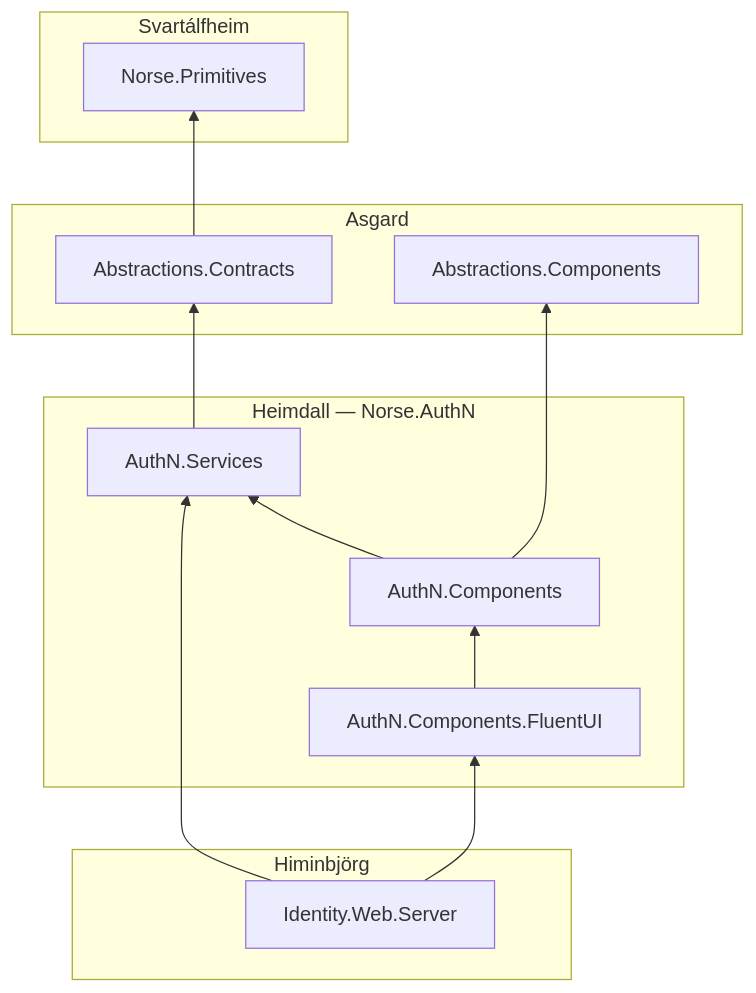
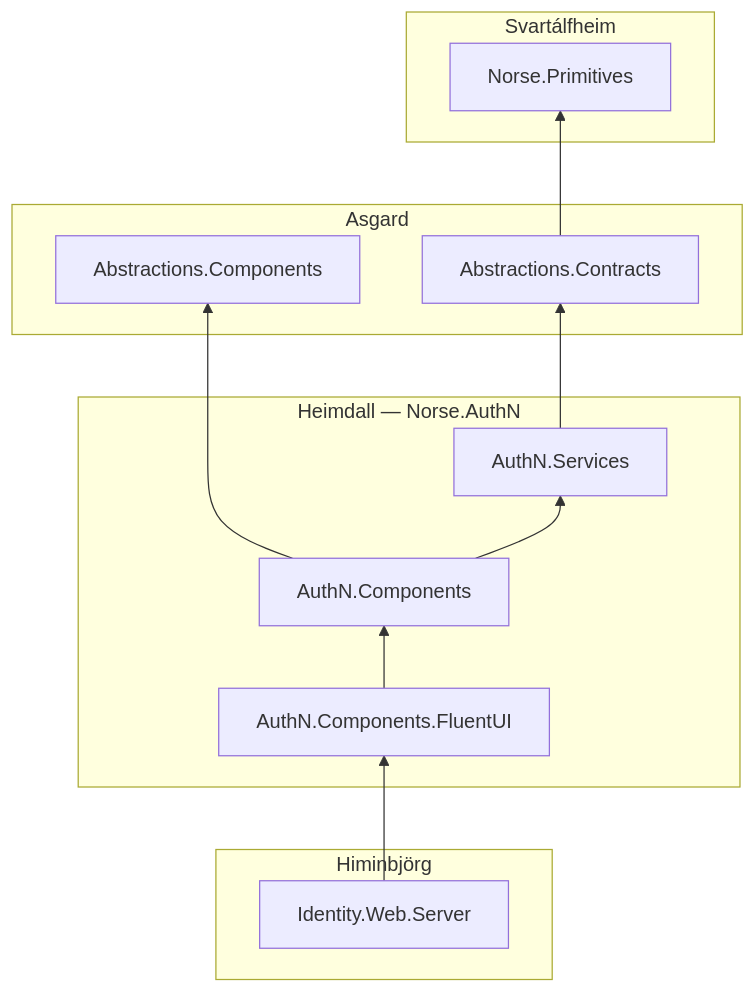
The diagram in README.md (NorseArchitecture/Heimdall), drawn with Mermaid before and after one commit. The commit also changed 1 other file, not shown here.

Commit message:
Fix the dependency graph

````diff
--- a/README.md
+++ b/README.md
@@ -25,25 +25,24 @@
 ```mermaid
 flowchart BT
 	subgraph Himinbjorg["Himinbjörg"]
 		IdentityWebServer["Identity.Web.Server"]
 	end
 	subgraph Heimdall["Heimdall — Norse.AuthN"]
 		FluentUI["AuthN.Components.FluentUI"]
 		Components["AuthN.Components"]
 		Services["AuthN.Services"]
 	end
 	subgraph Asgard["Asgard"]
 		AComponents["Abstractions.Components"]
 		Contracts["Abstractions.Contracts"]
 	end
 	subgraph Svartalfheim["Svartálfheim"]
 		Primitives["Norse.Primitives"]
 	end
-	IdentityWebServer --> Services
 	IdentityWebServer --> FluentUI
 	FluentUI --> Components
 	Components --> Services
 	Components --> AComponents
 	Services --> Contracts
 	Contracts --> Primitives
 ```
````
